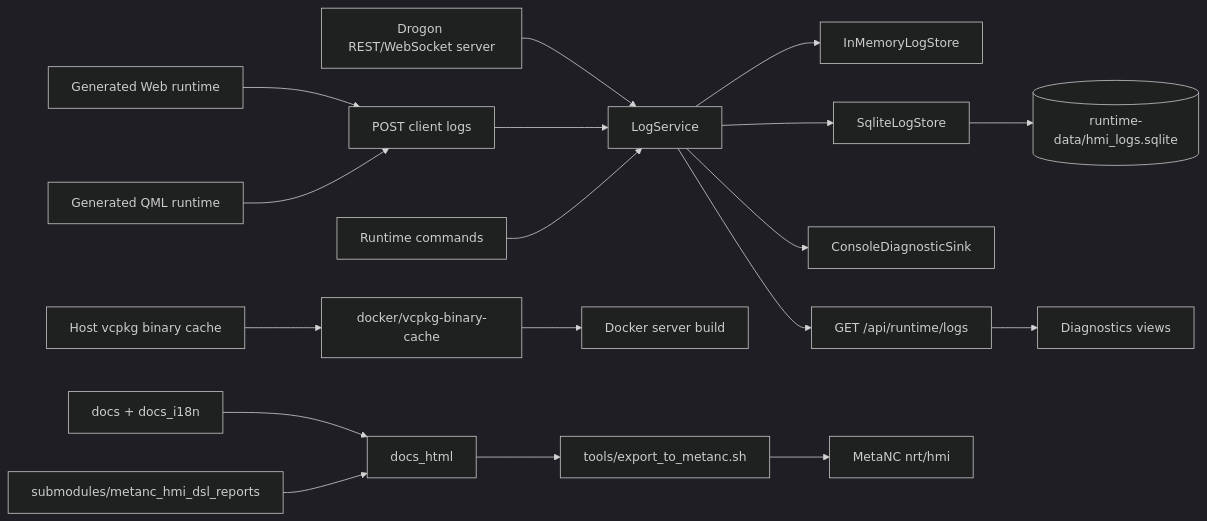
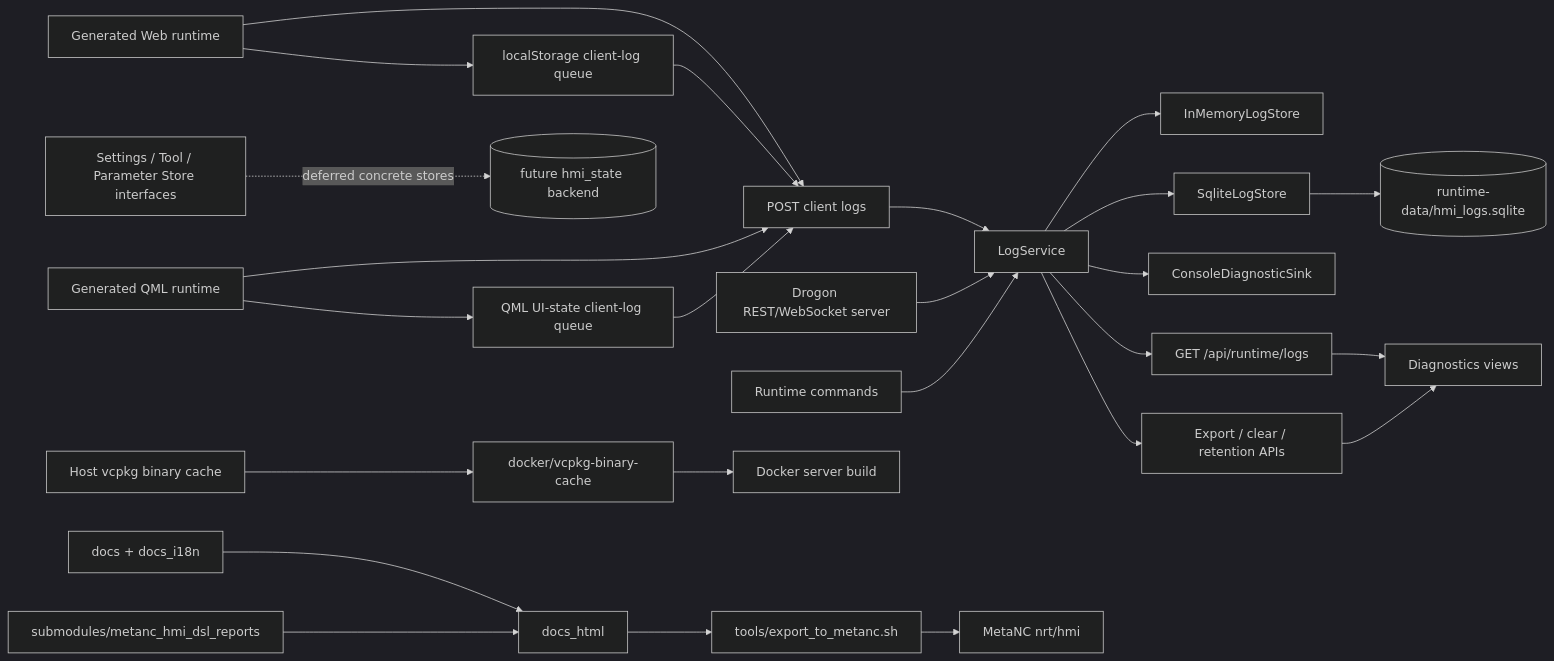
The diagram in 2026-04-30-codex-session/architecture-diagram.md (luppiterw/metanc_hmi_dsl_reports), drawn with Mermaid (dark theme) before and after one commit. The commit also changed 22 other files, not shown here.

````diff
--- a/2026-04-30-codex-session/architecture-diagram.md
+++ b/2026-04-30-codex-session/architecture-diagram.md
@@ -3,20 +3,27 @@
 ```mermaid
 flowchart LR
     WEB[Generated Web runtime] --> CLIENTLOG[POST client logs]
     QML[Generated QML runtime] --> CLIENTLOG
     HTTP[Drogon REST/WebSocket server] --> SERVICE[LogService]
     CLIENTLOG --> SERVICE
     COMMANDS[Runtime commands] --> SERVICE
     SERVICE --> MEMORY[InMemoryLogStore]
     SERVICE --> SQLITE[SqliteLogStore]
     SQLITE --> DB[(runtime-data/hmi_logs.sqlite)]
     SERVICE --> CONSOLE[ConsoleDiagnosticSink]
     SERVICE --> QUERY[GET /api/runtime/logs]
+    SERVICE --> OPS[Export / clear / retention APIs]
     QUERY --> DIAG[Diagnostics views]
+    OPS --> DIAG
+    WEB --> WEBBUF[localStorage client-log queue]
+    QML --> QMLBUF[QML UI-state client-log queue]
+    WEBBUF --> CLIENTLOG
+    QMLBUF --> CLIENTLOG
+    STATEBOUNDARY[Settings / Tool / Parameter Store interfaces] -. deferred concrete stores .-> FUTURE[(future hmi_state backend)]
     HOSTCACHE[Host vcpkg binary cache] --> DOCKERCTX[docker/vcpkg-binary-cache]
     DOCKERCTX --> DOCKER[Docker server build]
     DOCS[docs + docs_i18n] --> PORTAL[docs_html]
     REPORTS[submodules/metanc_hmi_dsl_reports] --> PORTAL
     PORTAL --> EXPORT[tools/export_to_metanc.sh]
     EXPORT --> METANC[MetaNC nrt/hmi]
 ```
````
